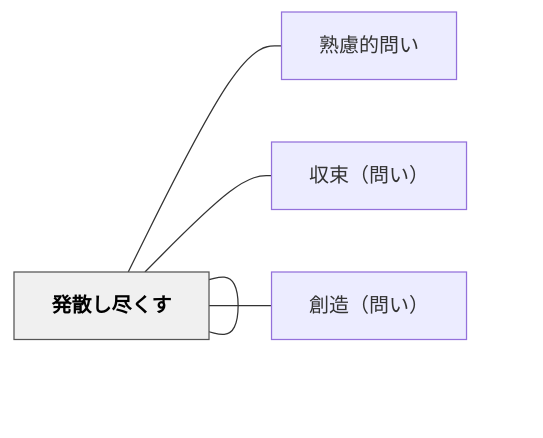
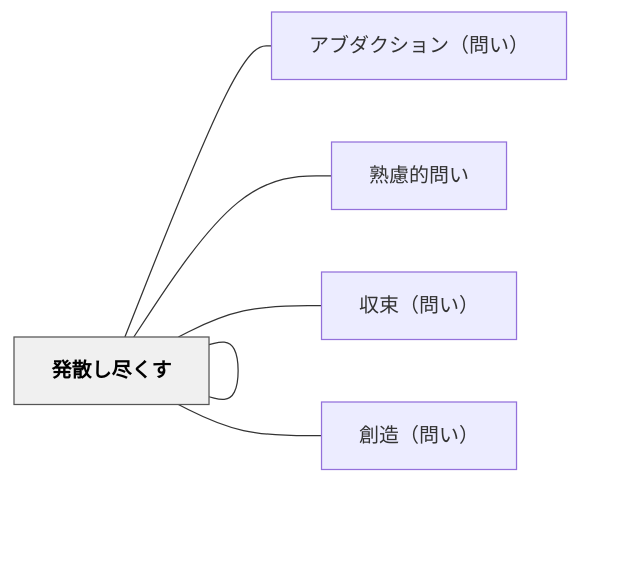
Before and after one commit to unknownthings-ed-patterns/unknownthings-ed-patterns: the diagram in content/パタン/発散（問い）.md, drawn with Mermaid. The commit also changed other lines of this file and 473 other files, not shown here.

````diff
--- a/content/パタン/発散（問い）.md
+++ b/content/パタン/発散（問い）.md
@@ -48,16 +49,18 @@
 ```mermaid
 flowchart LR
     ne799bae695a3["発散（問い）"]
+    ne382a2e38396["アブダクション（問い）"]
     ne7869fe685ae["熟慮的問い"]
     ne58f8ee69d9f["収束（問い）"]
     ne589b5e980a0["創造（問い）"]
     ne799bae695a3["発散し尽くす"]
 
+    ne799bae695a3 --- ne382a2e38396
     ne799bae695a3 --- ne7869fe685ae
     ne799bae695a3 --- ne58f8ee69d9f
     ne799bae695a3 --- ne589b5e980a0
     ne799bae695a3 --- ne799bae695a3
 
     classDef hub fill:#f0f0f0,stroke:#555,color:#000,font-weight:bold
     class ne799bae695a3 hub
 ```
````
